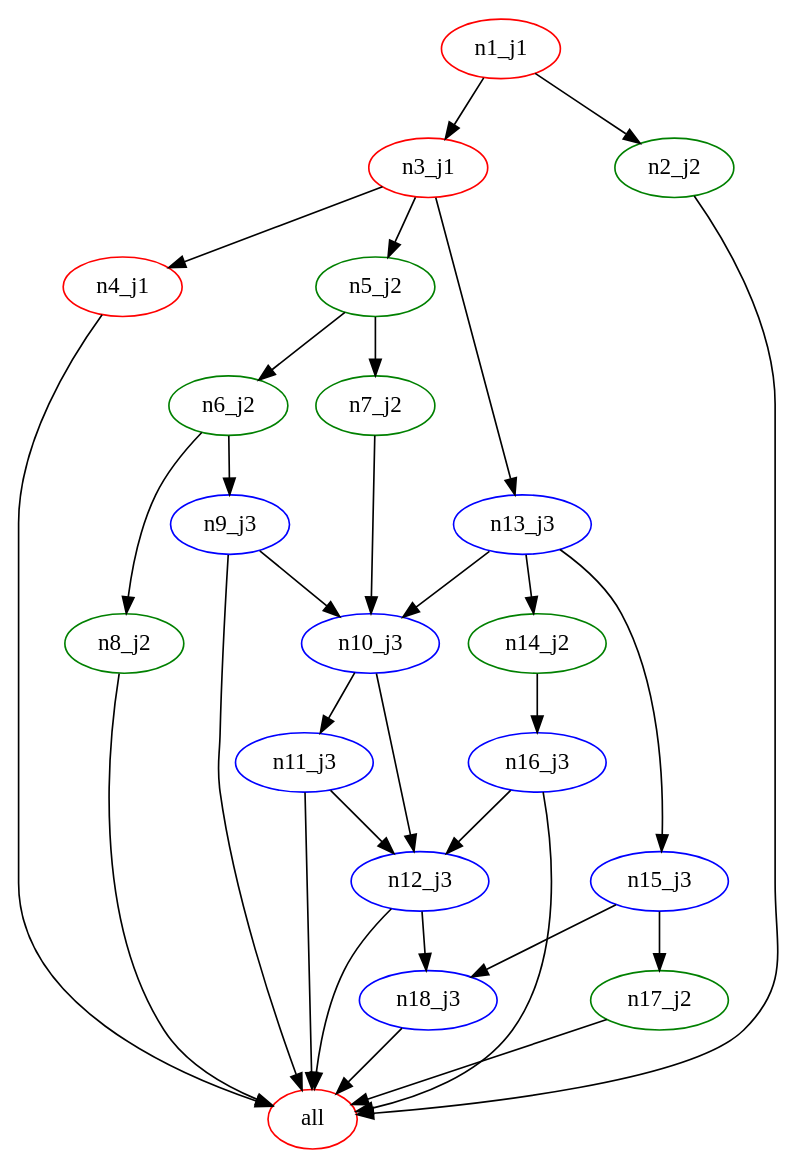
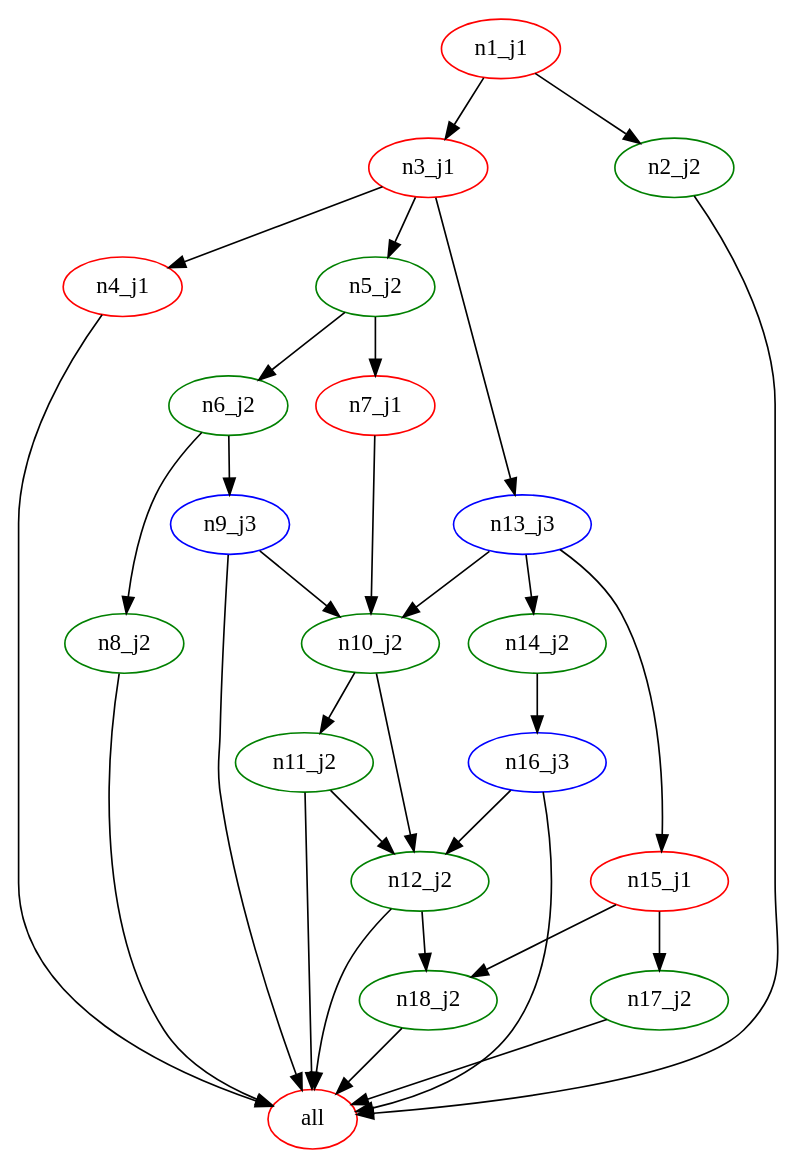
One commit to zxr-creator/make_test_demo changed the diagram in make_d_j4.dot. Above: the diagram before and after it, drawn with Graphviz. The commit also changed 7 other files, not shown here.

Commit message:
create parallel sequence

```diff
--- a/make_d_j4.dot
+++ b/make_d_j4.dot
@@ -1,52 +1,52 @@
 digraph G {
 n2[label="all", color="red"];
 n5[label="n1_j1", color="red"];
-n12[label="n10_j3", color="blue"];
-n11[label="n11_j3", color="blue"];
-n15[label="n12_j3", color="blue"];
+n12[label="n10_j2", color="green"];
+n11[label="n11_j2", color="green"];
+n15[label="n12_j2", color="green"];
 n14[label="n13_j3", color="blue"];
 n17[label="n14_j2", color="green"];
-n19[label="n15_j3", color="blue"];
+n19[label="n15_j1", color="red"];
 n16[label="n16_j3", color="blue"];
 n18[label="n17_j2", color="green"];
-n20[label="n18_j3", color="blue"];
+n20[label="n18_j2", color="green"];
 n6[label="n2_j2", color="green"];
 n4[label="n3_j1", color="red"];
 n3[label="n4_j1", color="red"];
 n9[label="n5_j2", color="green"];
 n8[label="n6_j2", color="green"];
-n13[label="n7_j2", color="green"];
+n13[label="n7_j1", color="red"];
 n7[label="n8_j2", color="green"];
 n10[label="n9_j3", color="blue"];
 n11 -> n2 ; 
 n15 -> n2 ; 
 n16 -> n2 ; 
 n18 -> n2 ; 
 n20 -> n2 ; 
 n6 -> n2 ; 
 n3 -> n2 ; 
 n7 -> n2 ; 
 n10 -> n2 ; 
 n14 -> n12 ; 
 n13 -> n12 ; 
 n10 -> n12 ; 
 n12 -> n11 ; 
 n12 -> n15 ; 
 n11 -> n15 ; 
 n16 -> n15 ; 
 n4 -> n14 ; 
 n14 -> n17 ; 
 n14 -> n19 ; 
 n17 -> n16 ; 
 n19 -> n18 ; 
 n15 -> n20 ; 
 n19 -> n20 ; 
 n5 -> n6 ; 
 n5 -> n4 ; 
 n4 -> n3 ; 
 n4 -> n9 ; 
 n9 -> n8 ; 
 n9 -> n13 ; 
 n8 -> n7 ; 
 n8 -> n10 ; 
 }
```
